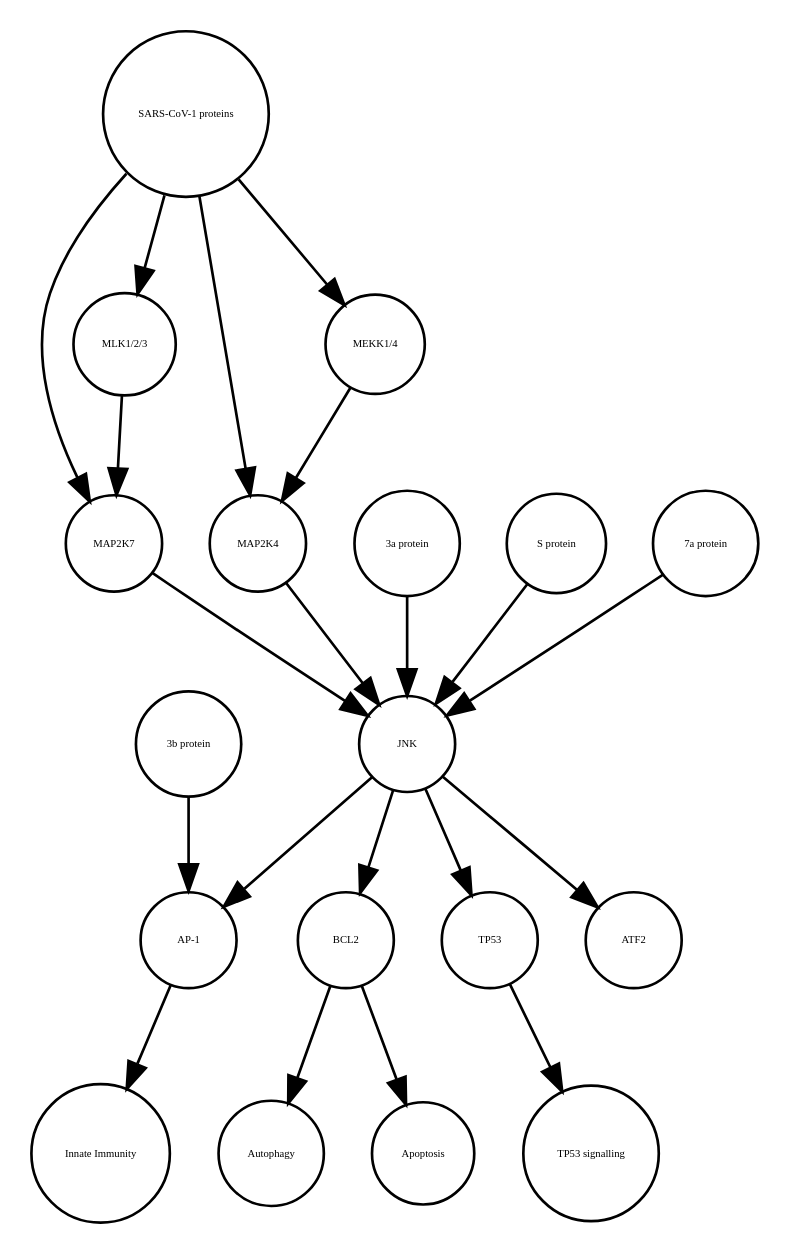
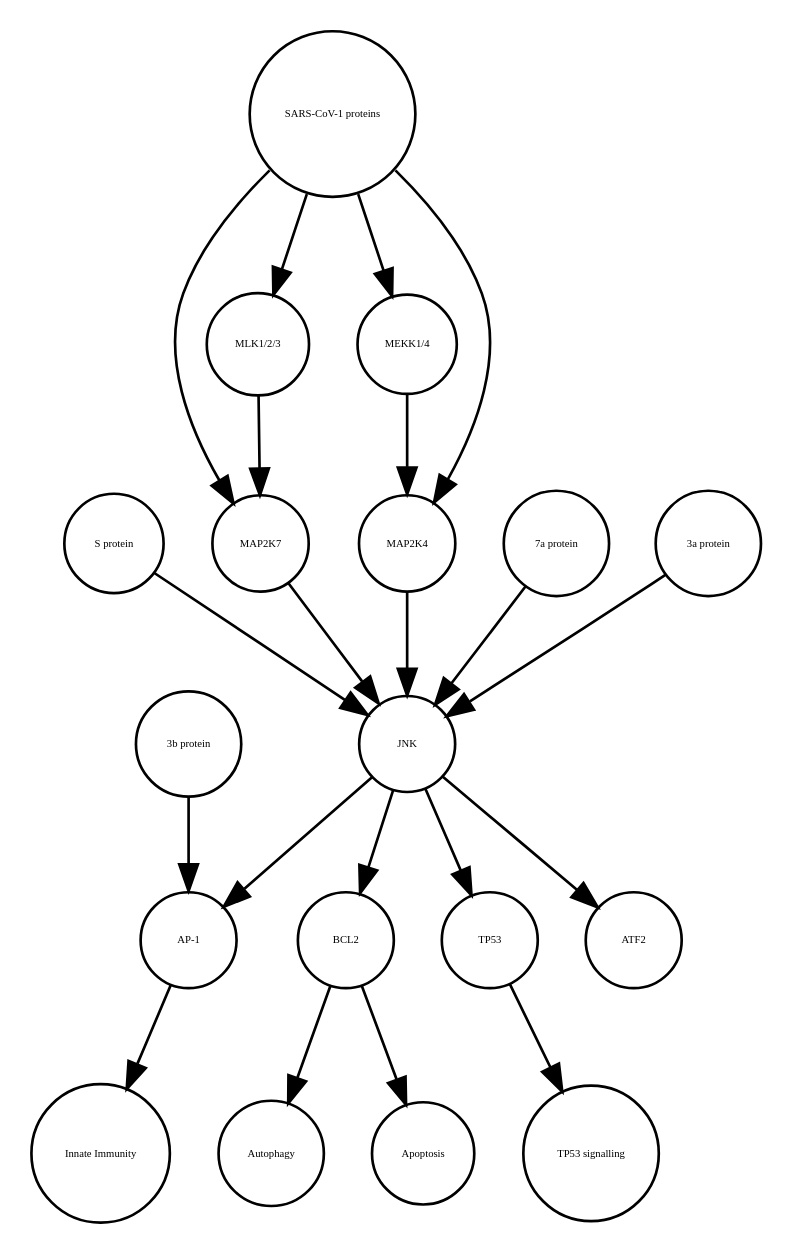
One commit to cannin/covid19-sbgn changed the diagram in JNK_pathway_v2.1.xml_projected.dot. Above: the diagram before and after it, drawn with Graphviz. The commit also changed other lines of this file and 564 other files, not shown here.

```diff
--- a/JNK_pathway_v2.1.xml_projected.dot
+++ b/JNK_pathway_v2.1.xml_projected.dot
@@ -1,40 +1,40 @@
 strict digraph  {
 BCL2 [annotation=urn_miriam_uniprot_P10415, bipartite=0, cls=macromolecule, fontsize=4, label=BCL2, shape=circle];
 Autophagy [annotation="", bipartite=0, cls=phenotype, fontsize=4, label=Autophagy, shape=circle];
 "AP-1" [annotation="", bipartite=0, cls=complex, fontsize=4, label="AP-1", shape=circle];
 "Innate Immunity" [annotation="", bipartite=0, cls=phenotype, fontsize=4, label="Innate Immunity", shape=circle];
 TP53 [annotation=urn_miriam_uniprot_P04637, bipartite=0, cls=macromolecule, fontsize=4, label=TP53, shape=circle];
 "TP53 signalling" [annotation="", bipartite=0, cls=phenotype, fontsize=4, label="TP53 signalling", shape=circle];
 Apoptosis [annotation="", bipartite=0, cls=phenotype, fontsize=4, label=Apoptosis, shape=circle];
+"S protein" [annotation="", bipartite=0, cls=macromolecule, fontsize=4, label="S protein", shape=circle];
 MAP2K7 [annotation=urn_miriam_uniprot_O14733, bipartite=0, cls=macromolecule, fontsize=4, label=MAP2K7, shape=circle];
+"7a protein" [annotation="", bipartite=0, cls=macromolecule, fontsize=4, label="7a protein", shape=circle];
+"SARS-CoV-1 proteins" [annotation="", bipartite=0, cls=complex, fontsize=4, label="SARS-CoV-1 proteins", shape=circle];
+"3b protein" [annotation="", bipartite=0, cls=macromolecule, fontsize=4, label="3b protein", shape=circle];
+"3a protein" [annotation="", bipartite=0, cls=macromolecule, fontsize=4, label="3a protein", shape=circle];
+JNK [annotation="", bipartite=0, cls=complex, fontsize=4, label=JNK, shape=circle];
 ATF2 [annotation=urn_miriam_uniprot_P15336, bipartite=0, cls=macromolecule, fontsize=4, label=ATF2, shape=circle];
+"MEKK1/4" [annotation="", bipartite=0, cls=complex, fontsize=4, label="MEKK1/4", shape=circle];
+"MLK1/2/3" [annotation="", bipartite=0, cls=complex, fontsize=4, label="MLK1/2/3", shape=circle];
 MAP2K4 [annotation=urn_miriam_uniprot_P45985, bipartite=0, cls=macromolecule, fontsize=4, label=MAP2K4, shape=circle];
-"3a protein" [annotation="", bipartite=0, cls=macromolecule, fontsize=4, label="3a protein", shape=circle];
-"3b protein" [annotation="", bipartite=0, cls=macromolecule, fontsize=4, label="3b protein", shape=circle];
-"MEKK1/4" [annotation="", bipartite=0, cls=complex, fontsize=4, label="MEKK1/4", shape=circle];
-JNK [annotation="", bipartite=0, cls=complex, fontsize=4, label=JNK, shape=circle];
-"S protein" [annotation="", bipartite=0, cls=macromolecule, fontsize=4, label="S protein", shape=circle];
-"SARS-CoV-1 proteins" [annotation="", bipartite=0, cls=complex, fontsize=4, label="SARS-CoV-1 proteins", shape=circle];
-"MLK1/2/3" [annotation="", bipartite=0, cls=complex, fontsize=4, label="MLK1/2/3", shape=circle];
-"7a protein" [annotation="", bipartite=0, cls=macromolecule, fontsize=4, label="7a protein", shape=circle];
 BCL2 -> Autophagy  [annotation="", interaction_type="necessary stimulation"];
 BCL2 -> Apoptosis  [annotation="", interaction_type=inhibition];
 "AP-1" -> "Innate Immunity"  [annotation="", interaction_type="necessary stimulation"];
 TP53 -> "TP53 signalling"  [annotation="", interaction_type="necessary stimulation"];
+"S protein" -> JNK  [annotation=urn_miriam_pubmed_17267381, interaction_type=stimulation];
 MAP2K7 -> JNK  [annotation=urn_miriam_pubmed_17141229, interaction_type=stimulation];
+"7a protein" -> JNK  [annotation=urn_miriam_pubmed_17141229, interaction_type=stimulation];
+"SARS-CoV-1 proteins" -> MAP2K4  [annotation="urn_miriam_pubmed_31226023|urn_miriam_taxonomy_694009", interaction_type=stimulation];
+"SARS-CoV-1 proteins" -> "MEKK1/4"  [annotation="urn_miriam_pubmed_31226023|urn_miriam_taxonomy_694009", interaction_type=stimulation];
+"SARS-CoV-1 proteins" -> "MLK1/2/3"  [annotation="urn_miriam_taxonomy_694009|urn_miriam_pubmed_31226023", interaction_type=stimulation];
+"SARS-CoV-1 proteins" -> MAP2K7  [annotation="urn_miriam_pubmed_31226023|urn_miriam_taxonomy_694009", interaction_type=stimulation];
+"3b protein" -> "AP-1"  [annotation=urn_miriam_pubmed_21561061, interaction_type=stimulation];
+"3a protein" -> JNK  [annotation=urn_miriam_pubmed_17141229, interaction_type=stimulation];
+JNK -> BCL2  [annotation=urn_miriam_pubmed_10567572, interaction_type=stimulation];
+JNK -> "AP-1"  [annotation=urn_miriam_pubmed_21561061, interaction_type=stimulation];
+JNK -> ATF2  [annotation="", interaction_type=stimulation];
+JNK -> TP53  [annotation="", interaction_type=stimulation];
+"MEKK1/4" -> MAP2K4  [annotation="urn_miriam_pubmed_31226023|urn_miriam_taxonomy_694009", interaction_type=stimulation];
+"MLK1/2/3" -> MAP2K7  [annotation="urn_miriam_pubmed_31226023|urn_miriam_taxonomy_694009", interaction_type=stimulation];
 MAP2K4 -> JNK  [annotation=urn_miriam_pubmed_17141229, interaction_type=stimulation];
-"3a protein" -> JNK  [annotation=urn_miriam_pubmed_17141229, interaction_type=stimulation];
-"3b protein" -> "AP-1"  [annotation=urn_miriam_pubmed_21561061, interaction_type=stimulation];
-"MEKK1/4" -> MAP2K4  [annotation="urn_miriam_pubmed_31226023|urn_miriam_taxonomy_694009", interaction_type=stimulation];
-JNK -> ATF2  [annotation="", interaction_type=stimulation];
-JNK -> "AP-1"  [annotation=urn_miriam_pubmed_21561061, interaction_type=stimulation];
-JNK -> TP53  [annotation="", interaction_type=stimulation];
-JNK -> BCL2  [annotation=urn_miriam_pubmed_10567572, interaction_type=stimulation];
-"S protein" -> JNK  [annotation=urn_miriam_pubmed_17267381, interaction_type=stimulation];
-"SARS-CoV-1 proteins" -> "MEKK1/4"  [annotation="urn_miriam_pubmed_31226023|urn_miriam_taxonomy_694009", interaction_type=stimulation];
-"SARS-CoV-1 proteins" -> MAP2K7  [annotation="urn_miriam_pubmed_31226023|urn_miriam_taxonomy_694009", interaction_type=stimulation];
-"SARS-CoV-1 proteins" -> "MLK1/2/3"  [annotation="urn_miriam_taxonomy_694009|urn_miriam_pubmed_31226023", interaction_type=stimulation];
-"SARS-CoV-1 proteins" -> MAP2K4  [annotation="urn_miriam_pubmed_31226023|urn_miriam_taxonomy_694009", interaction_type=stimulation];
-"MLK1/2/3" -> MAP2K7  [annotation="urn_miriam_pubmed_31226023|urn_miriam_taxonomy_694009", interaction_type=stimulation];
-"7a protein" -> JNK  [annotation=urn_miriam_pubmed_17141229, interaction_type=stimulation];
 }
```
